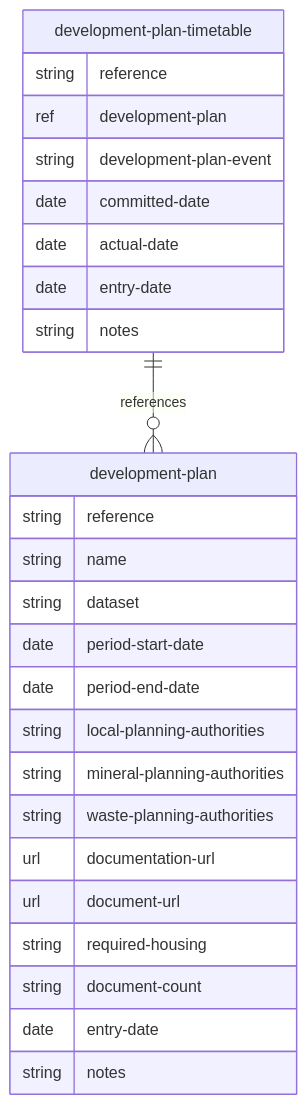
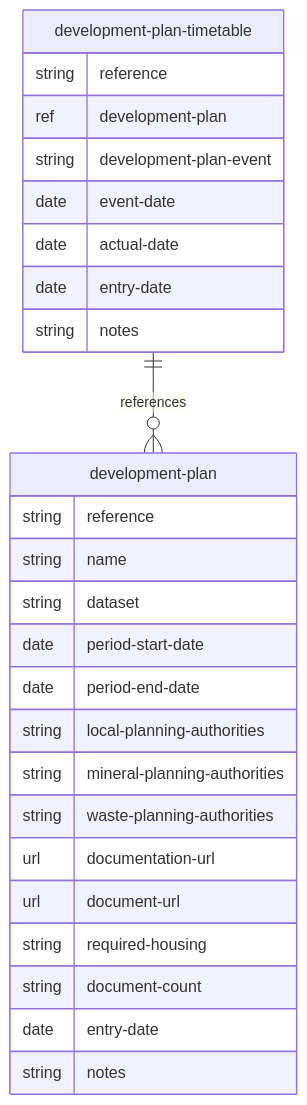
The diagram in docs/mermaid/development-plan.md (digital-land/specification), drawn with Mermaid before and after one commit. The commit also changed 17 other files, not shown here.

````diff
--- a/docs/mermaid/development-plan.md
+++ b/docs/mermaid/development-plan.md
@@ -4,29 +4,29 @@
 ```mermaid
 erDiagram
     development-plan {
         string reference
         string name
         string dataset
         date period-start-date
         date period-end-date
         string local-planning-authorities
         string mineral-planning-authorities
         string waste-planning-authorities
         url documentation-url
         url document-url
         string required-housing
         string document-count
         date entry-date
         string notes
     }
     development-plan-timetable {
         string reference
         ref development-plan
         string development-plan-event
-        date committed-date
+        date event-date
         date actual-date
         date entry-date
         string notes
     }
     development-plan-timetable ||--o{ development-plan : references
 ```
````
